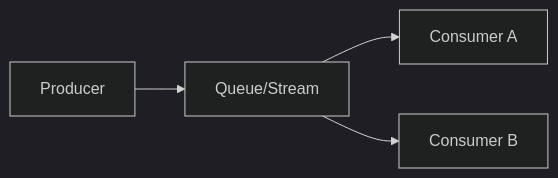
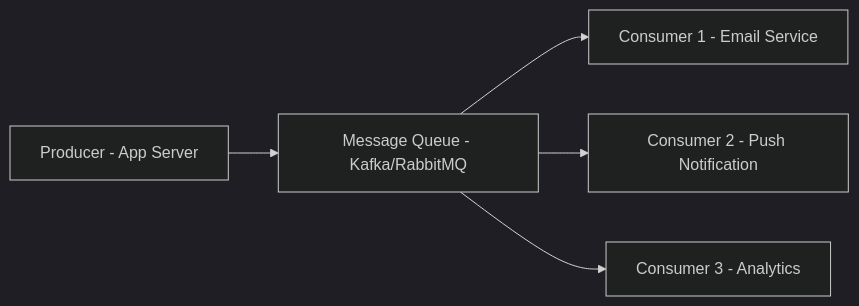
Before and after one commit to xujoncep/learning: the diagram in handnote/system-design/05-queue-stream-kafka-rabbitmq.md, drawn with Mermaid (dark theme). The commit also changed other lines of this file and 7 other files, not shown here.

````diff
--- a/handnote/system-design/05-queue-stream-kafka-rabbitmq.md
+++ b/handnote/system-design/05-queue-stream-kafka-rabbitmq.md
@@ -20,6 +11,7 @@
 ```mermaid
-flowchart LR
-  P[Producer] --> Q[Queue/Stream]
-  Q --> C1[Consumer A]
-  Q --> C2[Consumer B]
+graph LR
+    P[Producer - App Server] --> Q[Message Queue - Kafka/RabbitMQ]
+    Q --> C1[Consumer 1 - Email Service]
+    Q --> C2[Consumer 2 - Push Notification]
+    Q --> C3[Consumer 3 - Analytics]
 ```
````
